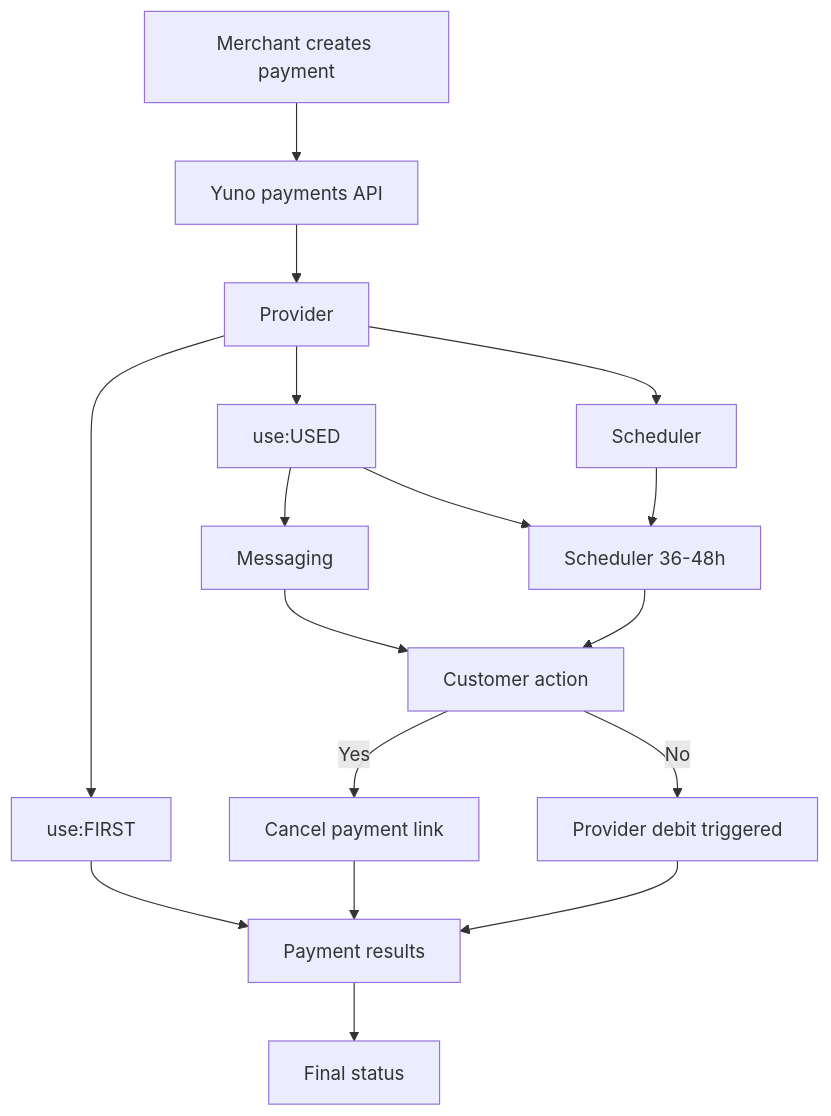
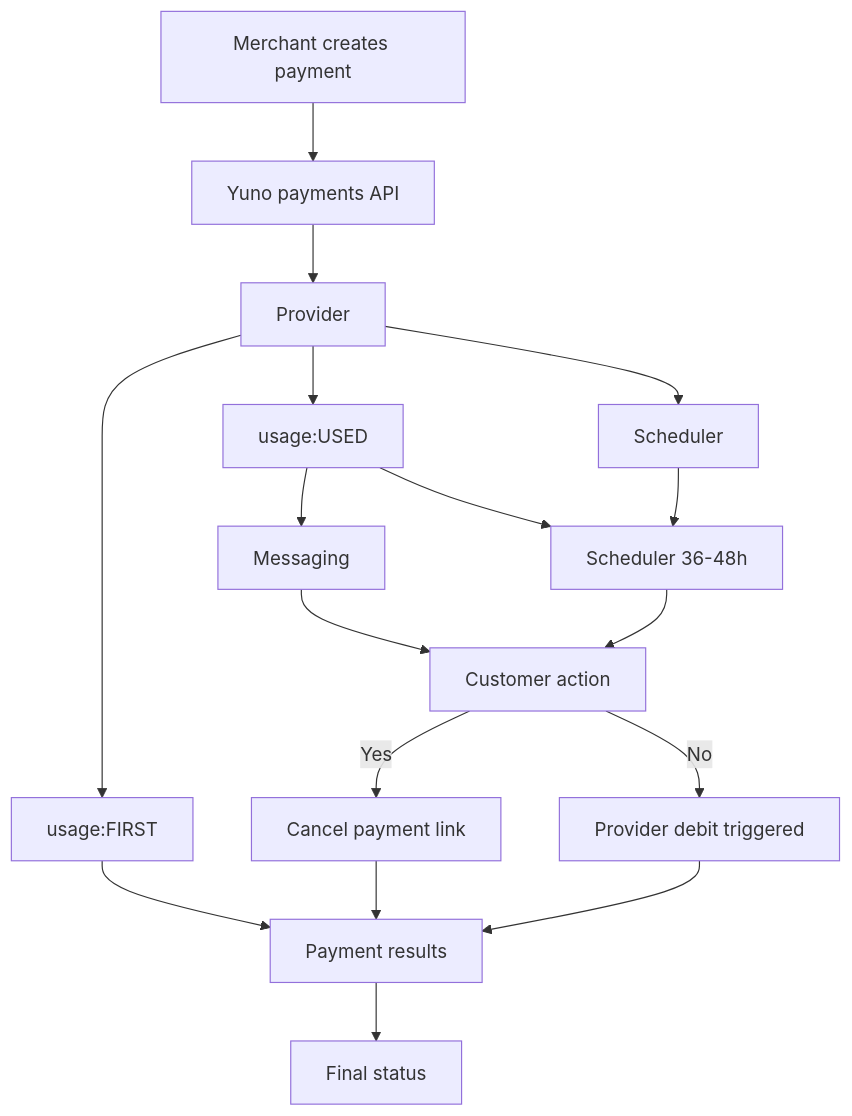
The diagram in docs/Additional Services/upi-autopay.md (yuno-payments/yuno-docs), drawn with Mermaid before and after one commit. The commit also changed other lines of this file, not shown here.

````diff
--- a/docs/Additional Services/upi-autopay.md
+++ b/docs/Additional Services/upi-autopay.md
@@ -26,29 +26,29 @@
 ```mermaid
 flowchart TB
   A[Merchant creates payment]
   B[Yuno payments API]
   C[Provider]
 
   A --> B --> C
 
-  C --> D[use:FIRST]
-  C --> E[use:USED]
+  C --> D[usage:FIRST]
+  C --> E[usage:USED]
   C --> F[Scheduler]
 
   D --> R[Payment results]
 
   E --> M[Messaging]
   E --> S[Scheduler 36-48h]
   F --> S
 
   M --> CA[Customer action]
   S --> CA
 
   CA -->|Yes| CL[Cancel payment link]
   CA -->|No| PD[Provider debit triggered]
 
   CL --> R
   PD --> R
 
   R --> FS[Final status]
 ```
````
